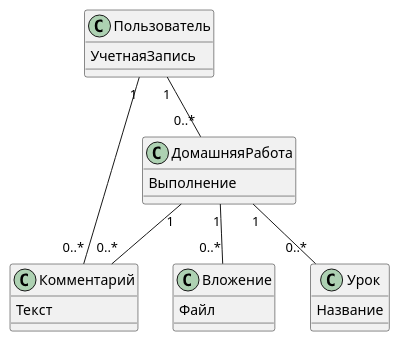
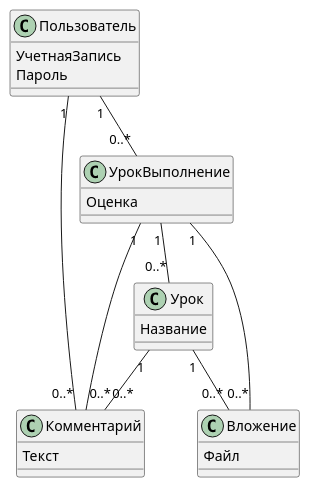
One commit to karpoftea/mts-kata-2023 changed the third of 3 diagrams in docs/domain/model.md. Above: the diagram before and after it, drawn with PlantUML. The commit also changed other lines of this file and 1 other file, not shown here.

````diff
--- a/docs/domain/model.md
+++ b/docs/domain/model.md
@@ -124,39 +144,45 @@
 ```plantuml
 @startuml
 
 top to bottom direction
 
 class Пользователь
     {
         УчетнаяЗапись
+        Пароль
     }
 
-Пользователь "1" -- "0..*" ДомашняяРабота
 Пользователь "1" -- "0..*" Комментарий
 
-ДомашняяРабота "1" -- "0..*" Вложение
-ДомашняяРабота "1" -- "0..*" Комментарий
-ДомашняяРабота "1" -- "0..*" Урок
+Пользователь "1" -- "0..*" УрокВыполнение
+УрокВыполнение "1" -- "0..*" Урок
 
-class ДомашняяРабота 
+Урок "1" -- "0..*" Вложение
+Урок "1" -- "0..*" Комментарий
+
+УрокВыполнение "1" -- "0..*" Вложение
+УрокВыполнение "1" -- "0..*" Комментарий
+
+
+class УрокВыполнение 
     {
-        Выполнение
+        Оценка
     }
 
 class Вложение
     {
         Файл
     }
 
 class Комментарий
     {
         Текст
     }
 
 class Урок
     {
         Название
     }
 
 @enduml
 ```
````
